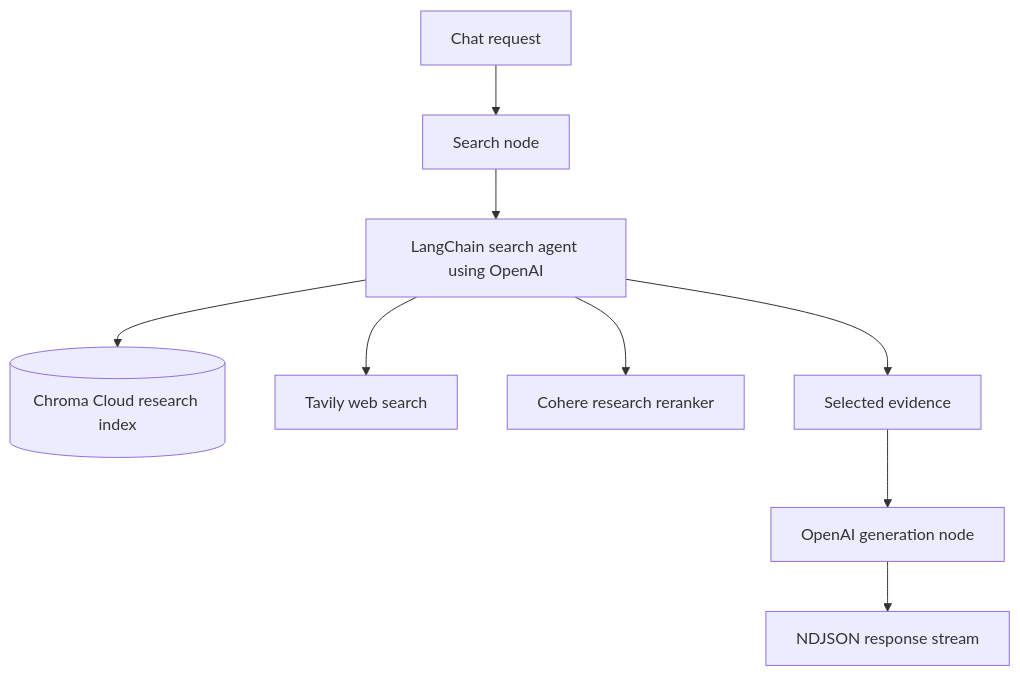
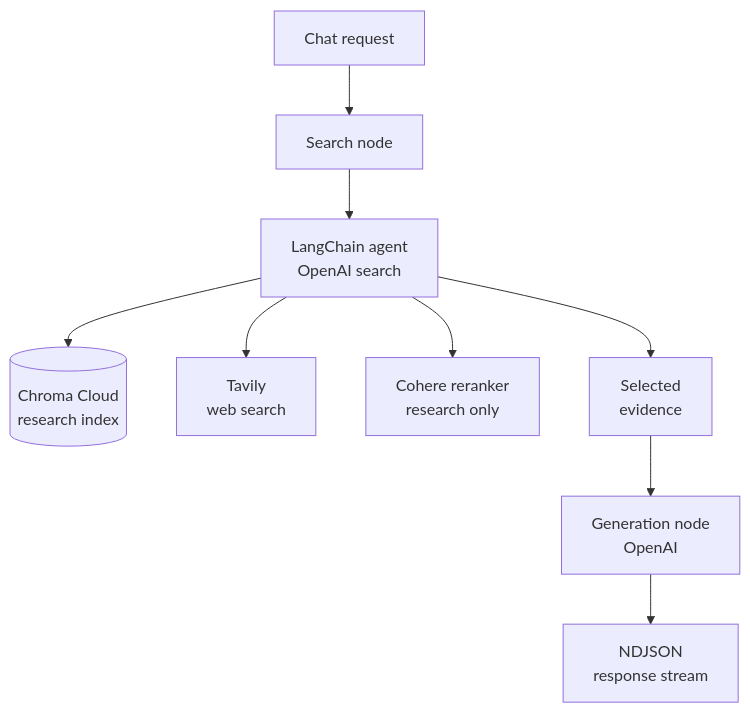
One commit to xurichard19/strength-and-conditioning-rag changed the second of 3 diagrams in README.md. Above: the diagram before and after it, drawn with Mermaid. The commit also changed other lines of this file, not shown here.

First line of the commit message:
Refactor flowchart descriptions in README

````diff
--- a/README.md
+++ b/README.md
@@ -27,11 +27,11 @@
 ```mermaid
 flowchart TB
     Request["Chat request"] --> Search["Search node"]
-    Search --> Agent["LangChain search agent using OpenAI"]
-    Agent --> Chroma[("Chroma Cloud research index")]
-    Agent --> Tavily["Tavily web search"]
-    Agent --> Cohere["Cohere research reranker"]
-    Agent --> Evidence["Selected evidence"]
-    Evidence --> Generate["OpenAI generation node"]
-    Generate --> Stream["NDJSON response stream"]
+    Search --> Agent["LangChain agent<br/>OpenAI search"]
+    Agent --> Chroma[("Chroma Cloud<br/>research index")]
+    Agent --> Tavily["Tavily<br/>web search"]
+    Agent --> Cohere["Cohere reranker<br/>research only"]
+    Agent --> Evidence["Selected<br/>evidence"]
+    Evidence --> Generate["Generation node<br/>OpenAI"]
+    Generate --> Stream["NDJSON<br/>response stream"]
 ```
````
